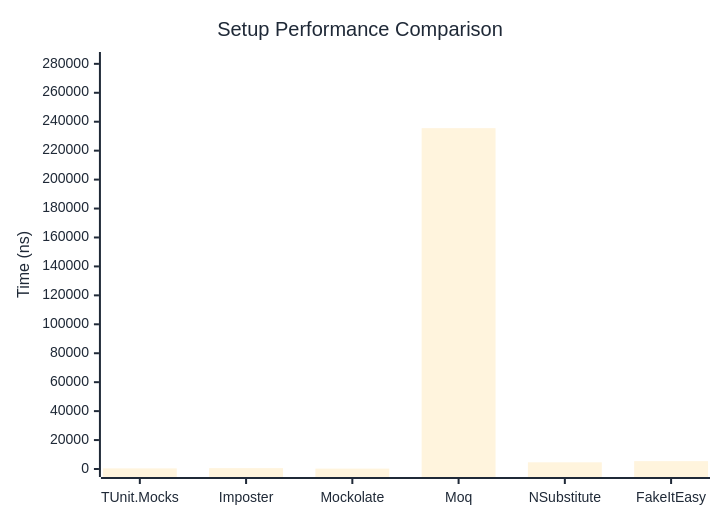
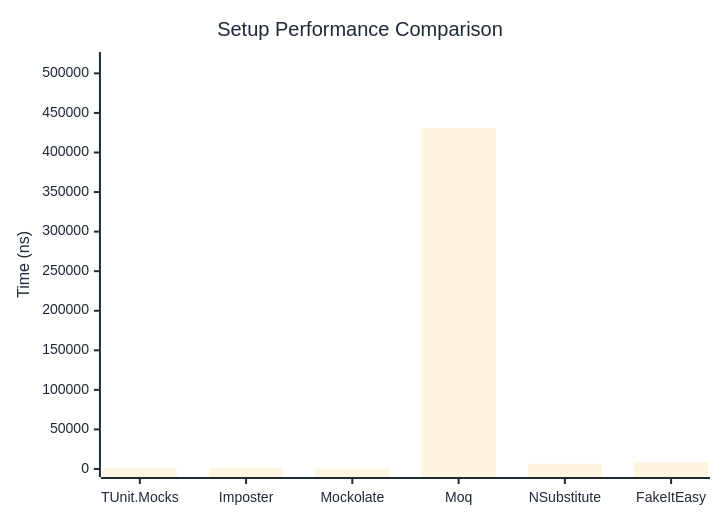
The first of 2 diagrams in docs/docs/benchmarks/mocks/Setup.md (thomhurst/TUnit), drawn with Mermaid before and after one commit. The commit also changed other lines of this file and 14 other files, not shown here.

````diff
--- a/docs/docs/benchmarks/mocks/Setup.md
+++ b/docs/docs/benchmarks/mocks/Setup.md
@@ -30,27 +30,27 @@
 ```mermaid
 %%{init: {
   'theme':'base',
   'themeVariables': {
     'primaryColor': '#2563eb',
     'primaryTextColor': '#1f2937',
     'primaryBorderColor': '#1e40af',
     'lineColor': '#6b7280',
     'secondaryColor': '#7c3aed',
     'tertiaryColor': '#dc2626',
     'background': '#ffffff',
     'pie1': '#2563eb',
     'pie2': '#7c3aed',
     'pie3': '#dc2626',
     'pie4': '#f59e0b',
     'pie5': '#10b981',
     'pie6': '#06b6d4',
     'pie7': '#ec4899',
     'pie8': '#6366f1'
   }
 }}%%
 xychart-beta
   title "Setup Performance Comparison"
   x-axis ["TUnit.Mocks", "Imposter", "Mockolate", "Moq", "NSubstitute", "FakeItEasy"]
-  y-axis "Time (ns)" 0 --> 282651
-  bar [423.5, 599.2, 256.9, 235541.7, 4617.9, 5429.5]
+  y-axis "Time (ns)" 0 --> 516878
+  bar [573.6, 934, 339.9, 430731.3, 6582.1, 8413.4]
 ```
````
